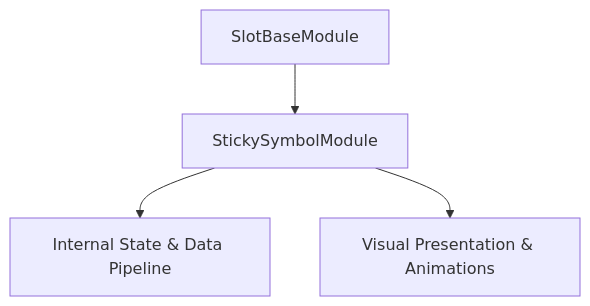
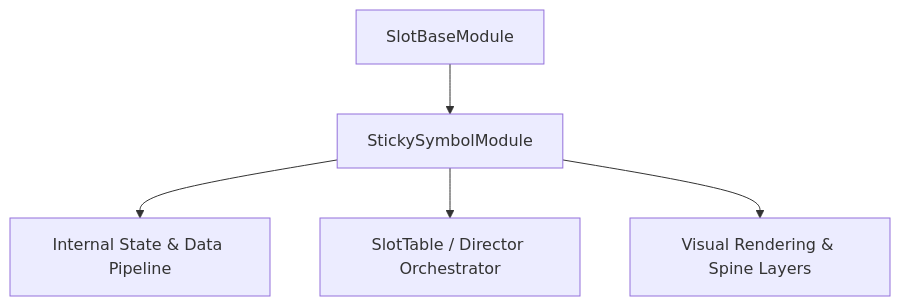
The diagram in docs/cc_slot_mechanics/modules/StickySymbolModule/01_overview/01_architecture_and_role.md (lam-ark/mcp-fwcc), drawn with Mermaid before and after one commit. The commit also changed other lines of this file and 2509 other files, not shown here.

````diff
--- a/docs/cc_slot_mechanics/modules/StickySymbolModule/01_overview/01_architecture_and_role.md
+++ b/docs/cc_slot_mechanics/modules/StickySymbolModule/01_overview/01_architecture_and_role.md
@@ -18,6 +24,7 @@
 ```mermaid
 graph TD
-    Parent[SlotBaseModule] --> Mod[StickySymbolModule]
-    Mod --> State[Internal State & Data Pipeline]
-    Mod --> Render[Visual Presentation & Animations]
+    SuperClass[SlotBaseModule] --> TargetClass[StickySymbolModule]
+    TargetClass --> DataPipeline[Internal State & Data Pipeline]
+    TargetClass --> Orchestrator[SlotTable / Director Orchestrator]
+    TargetClass --> ViewLayer[Visual Rendering & Spine Layers]
 ```
````
